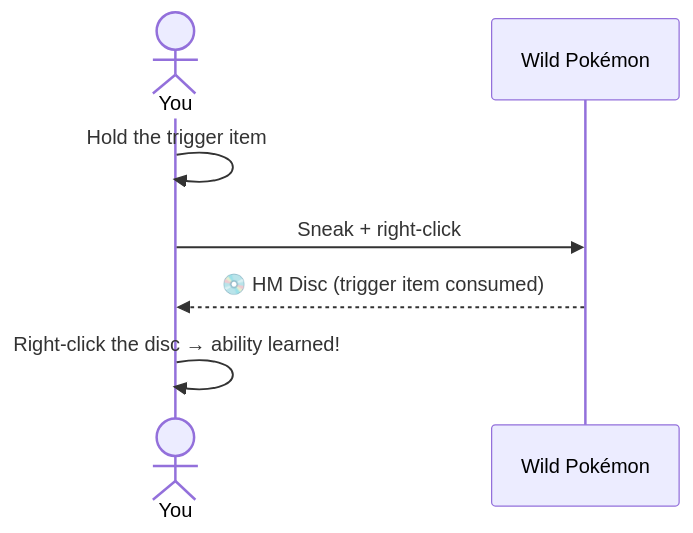
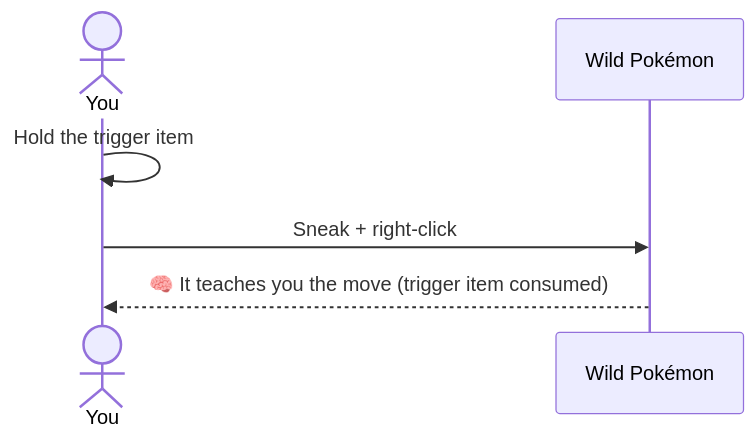
The diagram in docs/ditto-hms/getting-started.md (manucruzleiva/mod-wiki), drawn with Mermaid before and after one commit. The commit also changed other lines of this file and 7 other files, not shown here.

````diff
--- a/docs/ditto-hms/getting-started.md
+++ b/docs/ditto-hms/getting-started.md
@@ -5,9 +5,8 @@
 ```mermaid
 sequenceDiagram
     actor You
     participant P as Wild Pokémon
     You->>You: Hold the trigger item
     You->>P: Sneak + right-click
-    P-->>You: 💿 HM Disc (trigger item consumed)
-    You->>You: Right-click the disc → ability learned!
+    P-->>You: 🧠 It teaches you the move (trigger item consumed)
 ```
````
